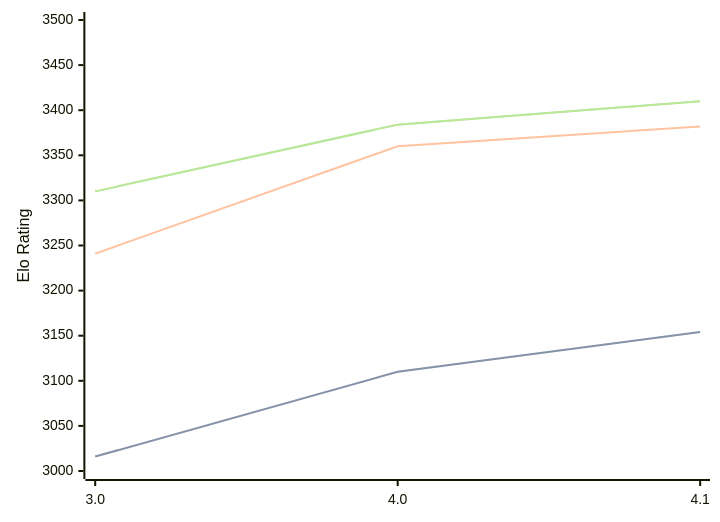
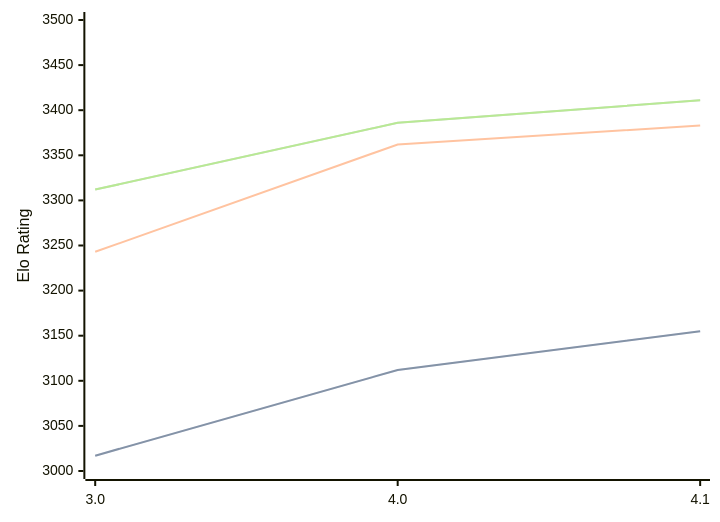
The diagram in engines/Eleanor.md (computer-chess-index/cci), drawn with Mermaid before and after one commit. The commit also changed other lines of this file, not shown here.

Commit message:
Update CCI Ratings (ELO VLTC) - 2026-08-15

````diff
--- a/engines/Eleanor.md
+++ b/engines/Eleanor.md
@@ -33,11 +33,11 @@
 ```mermaid
 %%{init: {"theme":"base","themeVariables":{"seriesColors:['#a3a3a3','#222221','#faa371']}}}%%
 xychart-beta
   x-axis ["3.0", "4.0", "4.1"]
   y-axis "Elo Rating" 3000 --> 3500
-  line "STC (8.0+0.08s)" [3016, 3110, 3154]
-  line "STC (8.0+0.08s)" [3016, 3110, 3154]
-  line "LTC (60.0+0.60s)" [3241, 3360, 3382]
-  line "VLTC (2m24s+1.12s)" [3310, 3384, 3410]
-  line "VLTC (2m24s+1.12s)" [3310, 3384, 3410]
+  line "STC (8.0+0.08s)" [3017, 3112, 3155]
+  line "STC (8.0+0.08s)" [3017, 3112, 3155]
+  line "LTC (60.0+0.60s)" [3243, 3362, 3383]
+  line "VLTC (2m24s+1.12s)" [3312, 3386, 3411]
+  line "VLTC (2m24s+1.12s)" [3312, 3386, 3411]
 ```
````
